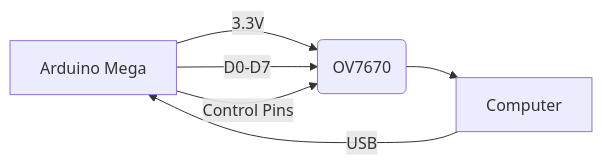
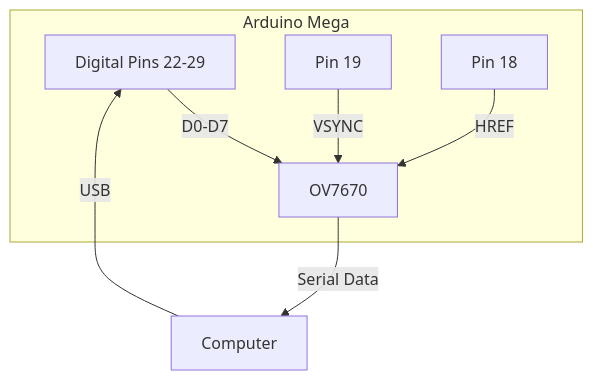
Before and after one commit to Hope0351/arduino-camera-viewer: the first of 3 diagrams in README.md, drawn with Mermaid. The commit also changed other lines of this file, not shown here.

````diff
--- a/README.md
+++ b/README.md
@@ -31,8 +29,10 @@
 ```mermaid
-graph LR
-    A[Arduino Mega] -->|3.3V| B(OV7670)
-    A -->|D0-D7| B
-    A -->|Control Pins| B
-    B --> C[Computer]
+graph TB
+    subgraph Arduino Mega
+    A[Digital Pins 22-29] -->|D0-D7| B[OV7670]
+    A2[Pin 19] -->|VSYNC| B
+    A3[Pin 18] -->|HREF| B
+    end
+    B -->|Serial Data| C[Computer]
     C -->|USB| A
 ```
````
